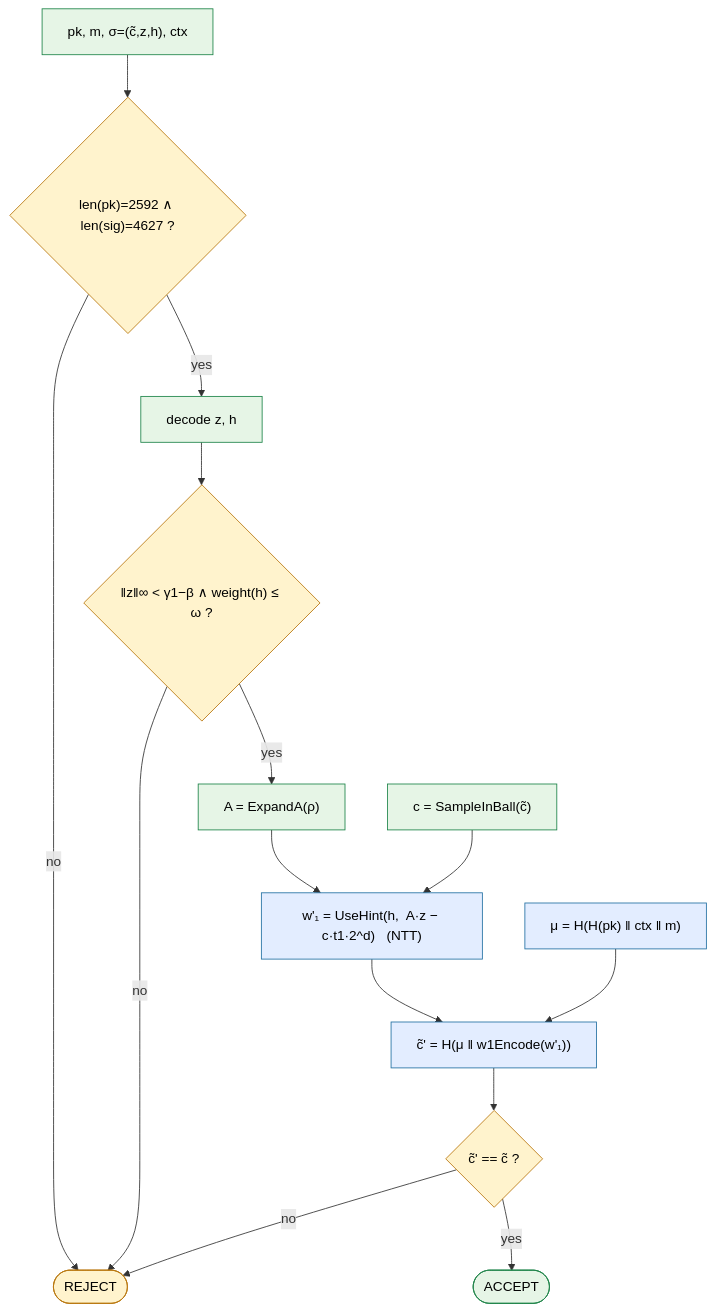
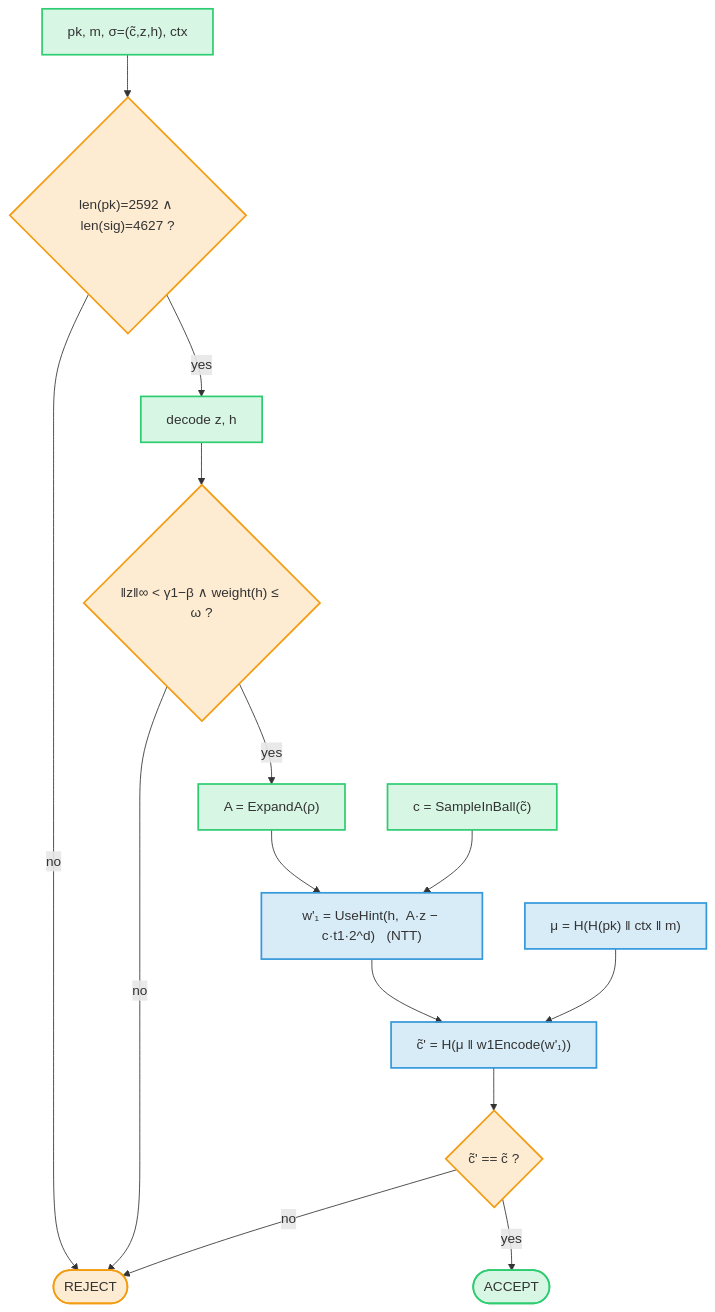
One commit to pq-cybarg/ml-adsa-site changed the sixth of 17 diagrams in docs/reference/41-visual-methods-and-security.md. Above: the diagram before and after it, drawn with Mermaid. The commit also changed other lines of this file, not shown here.

First line of the commit message:
docs(41): theme-adaptive Mermaid colors + 2x2 legend grid

````diff
--- a/docs/reference/41-visual-methods-and-security.md
+++ b/docs/reference/41-visual-methods-and-security.md
@@ -192,28 +197,28 @@
 ```mermaid
 flowchart TD
   inp["pk, m, σ=(c̃,z,h), ctx"]:::public
   len{"len(pk)=2592 ∧ len(sig)=4627 ?"}:::danger
   decz["decode z, h"]:::public
   bnd{"‖z‖∞ < γ1−β ∧ weight(h) ≤ ω ?"}:::danger
   A["A = ExpandA(ρ)"]:::public
   c["c = SampleInBall(c̃)"]:::public
   wapprox["w'₁ = UseHint(h,  A·z − c·t1·2^d)   (NTT)"]:::derived
   mu["μ = H(H(pk) ‖ ctx ‖ m)"]:::derived
   ctp["c̃' = H(μ ‖ w1Encode(w'₁))"]:::derived
   eq{"c̃' == c̃ ?"}:::danger
   ok(["ACCEPT"]):::public
   no(["REJECT"]):::danger
   inp --> len
   len -- no --> no
   len -- yes --> decz --> bnd
   bnd -- no --> no
   bnd -- yes --> A --> wapprox
   c --> wapprox
   wapprox --> ctp
   mu --> ctp --> eq
   eq -- no --> no
   eq -- yes --> ok
-  classDef public fill:#e6f5e6,stroke:#1e8449,color:#000;
-  classDef derived fill:#e3edff,stroke:#2471a3,color:#000;
-  classDef danger fill:#fff3cd,stroke:#b9770e,color:#000;
+  classDef public fill:#2ecc7130,stroke:#2ecc71,stroke-width:2px;
+  classDef derived fill:#3498db30,stroke:#3498db,stroke-width:2px;
+  classDef danger fill:#f39c1230,stroke:#f39c12,stroke-width:2px;
 ```
````
